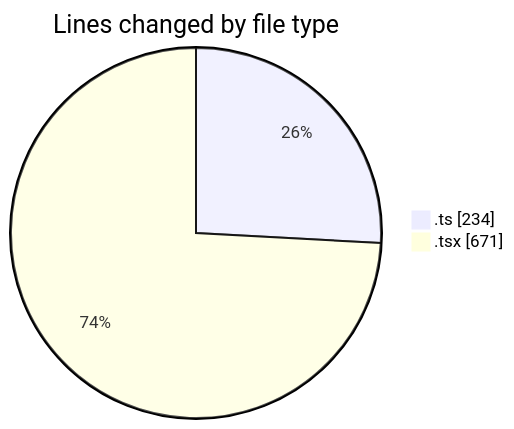
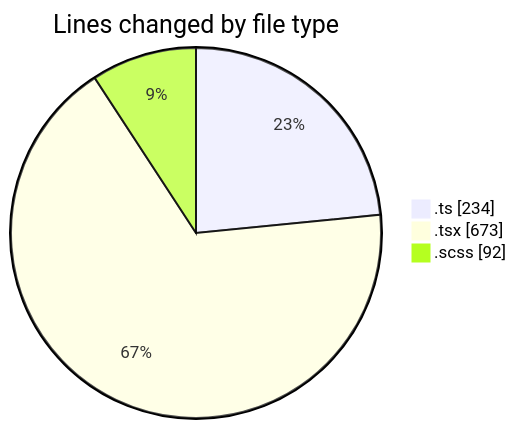
The first of 2 diagrams in 2025-05-01/cda/README.md (momahboobian/code-tracking), drawn with Mermaid before and after one commit. The commit also changed other lines of this file and 1 other file, not shown here.

````diff
--- a/2025-05-01/cda/README.md
+++ b/2025-05-01/cda/README.md
@@ -25,6 +26,7 @@
 ```mermaid
 pie showData
 title Lines changed by file type
 ".ts" : 234
-".tsx" : 671
+".tsx" : 673
+".scss" : 92
 ```
````
